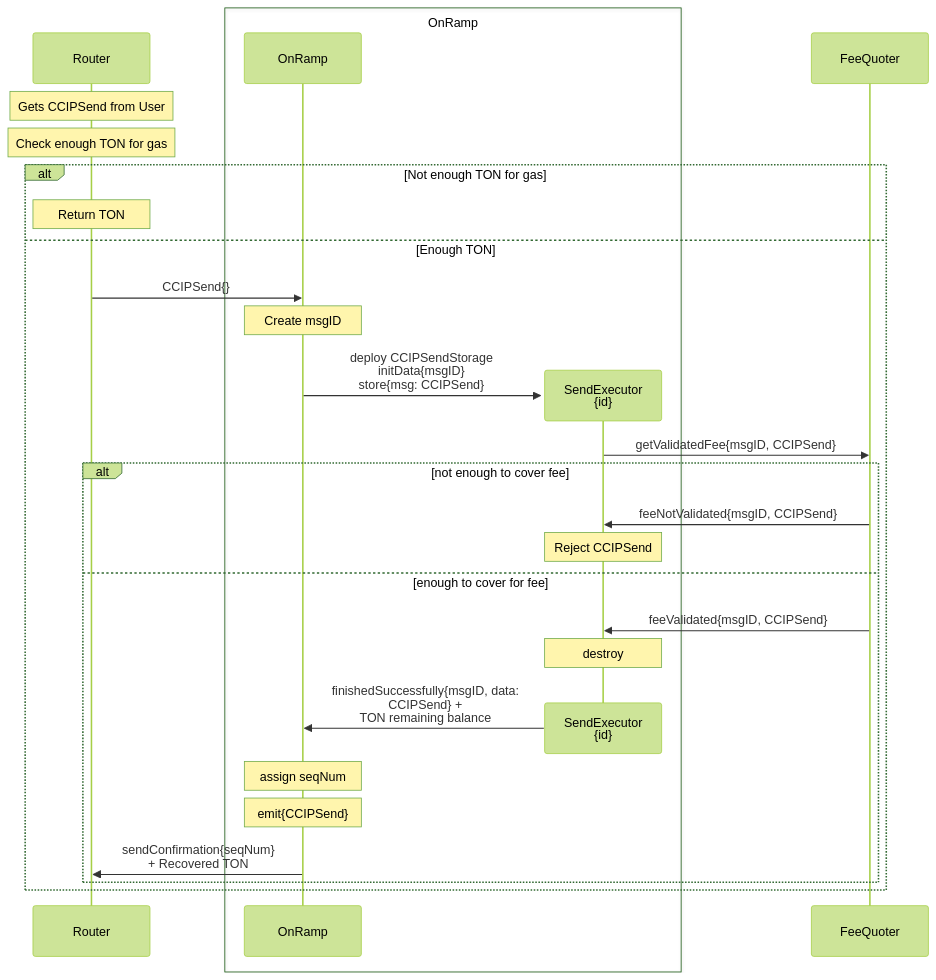
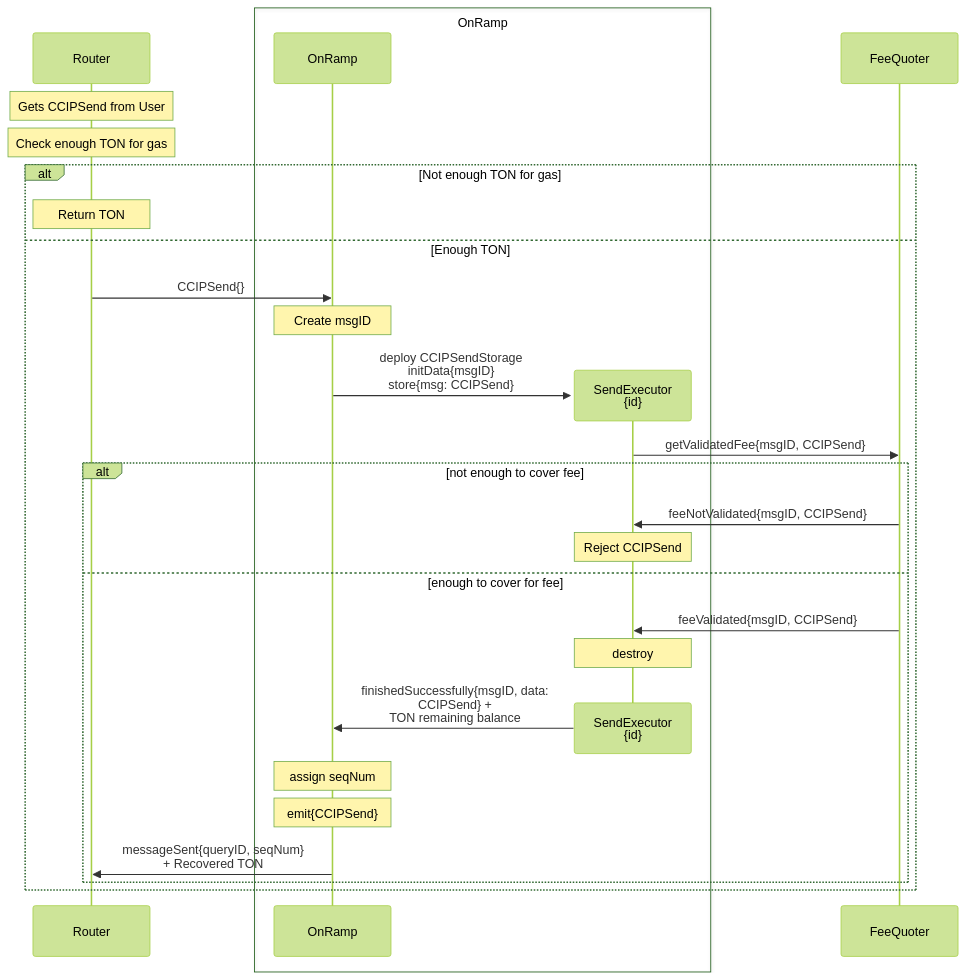
Before and after one commit to fork-the-planet/smartcontractkit___chainlink-ton: the first of 2 diagrams in docs/contracts/ccip/flow/onramp/arbitrary-msg.md, drawn with Mermaid (forest theme). The commit also changed other lines of this file and 25 other files, not shown here.

````diff
--- a/docs/contracts/ccip/flow/onramp/arbitrary-msg.md
+++ b/docs/contracts/ccip/flow/onramp/arbitrary-msg.md
@@ -5,41 +5,41 @@
 ```mermaid
 sequenceDiagram
     participant R as Router
 
     Note over R: Gets CCIPSend from User
     Note over R: Check enough TON for gas 
     alt Not enough TON for gas
     Note over R: Return TON
     else Enough TON
 
     R ->> OR: CCIPSend{}
     
     Note over OR: Create msgID
     create participant ORM
     OR ->> ORM: deploy CCIPSendStorage <br>initData{msgID}<br>store{msg: CCIPSend}
 
     box OnRamp
     participant OR as OnRamp
     participant ORM as SendExecutor<br>{id}
     end
 
     participant FQ as FeeQuoter
 
     ORM ->> FQ: getValidatedFee{msgID, CCIPSend}
 
 
     alt not enough to cover fee
     FQ ->> ORM: feeNotValidated{msgID, CCIPSend}
     Note over ORM: Reject CCIPSend
 
     else enough to cover for fee
     FQ ->> ORM: feeValidated{msgID, CCIPSend}
     Note over ORM: destroy
     destroy ORM
     ORM ->> OR: finishedSuccessfully{msgID, data:<br>CCIPSend} +<br>TON remaining balance
     note over OR: assign seqNum
     note over OR: emit{CCIPSend}
-    OR ->> R: sendConfirmation{seqNum}<br>+ Recovered TON
+    OR ->> R: messageSent{queryID, seqNum}<br>+ Recovered TON
     end
     end
 ```
````
